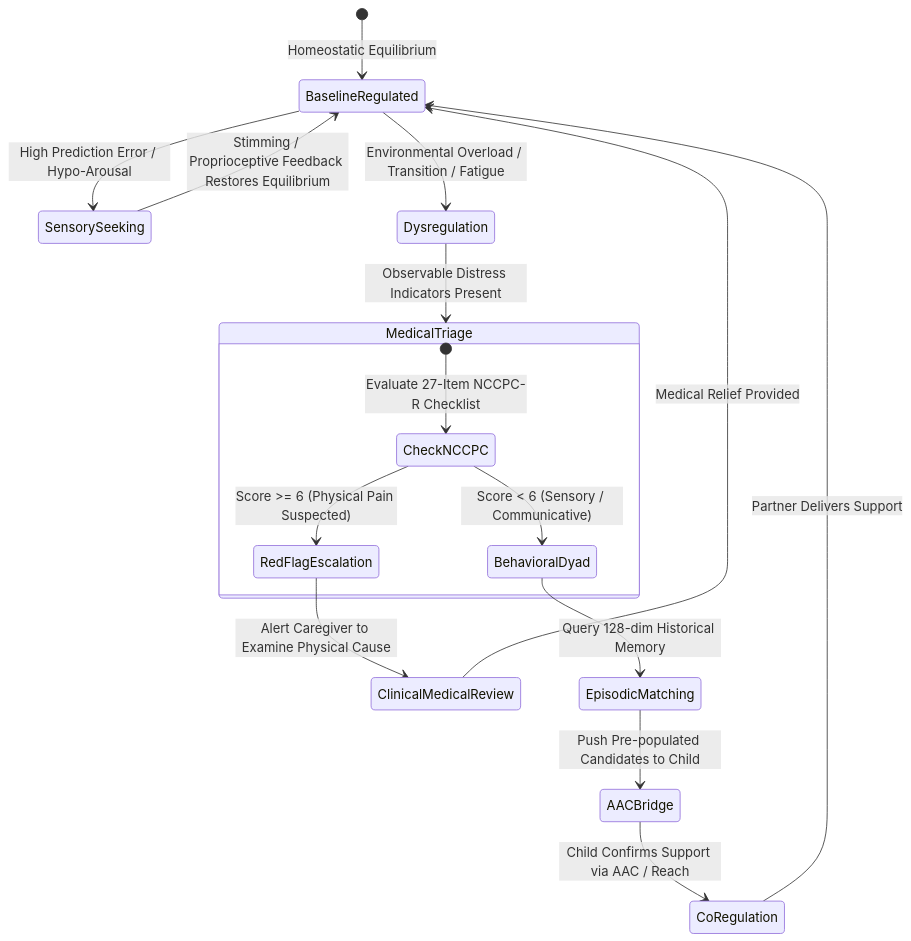
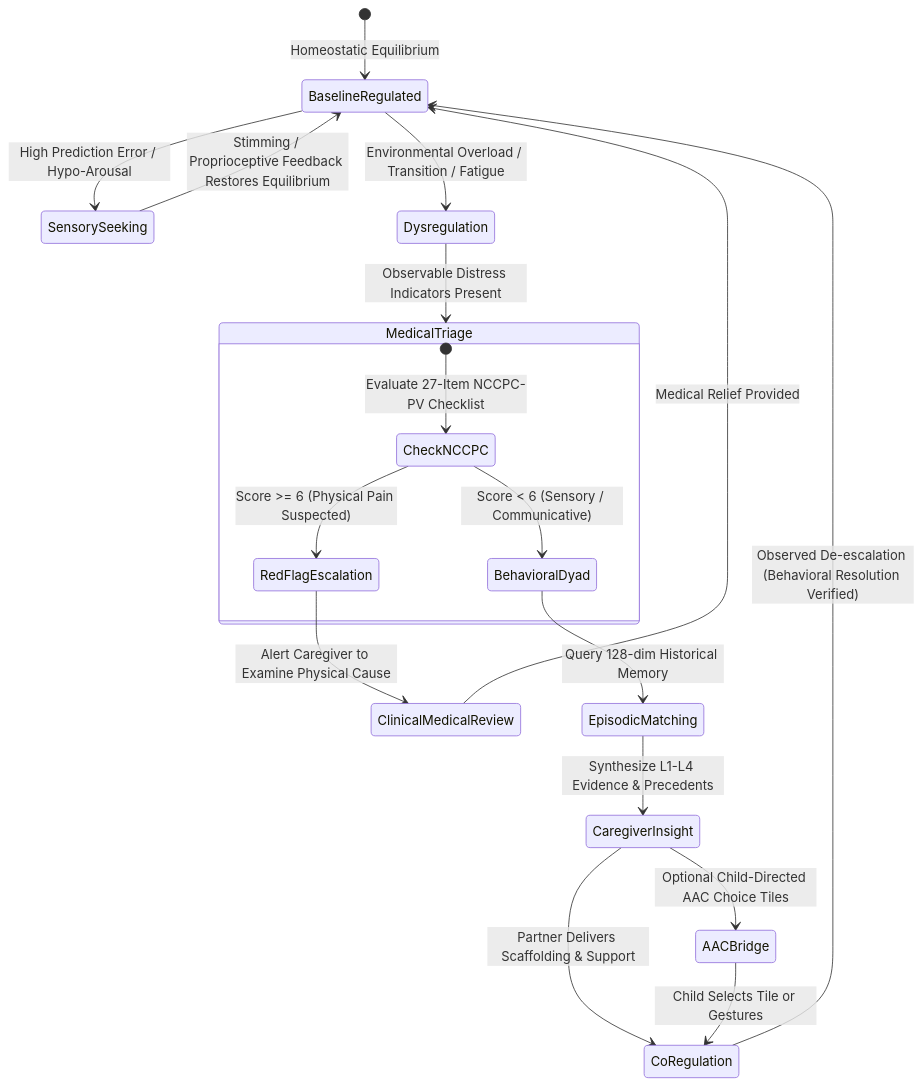
One commit to olostan/project_n changed the third of 4 diagrams in docs/WHITE_PAPER.md. Above: the diagram before and after it, drawn with Mermaid. The commit also changed other lines of this file and 10 other files, not shown here.

First line of the commit message:
Complete epistemic pivot to Behavioral Resolution criterion and resolve review findings

````diff
--- a/docs/WHITE_PAPER.md
+++ b/docs/WHITE_PAPER.md
@@ -150,24 +154,26 @@
 ```mermaid
 stateDiagram-v2
     [*] --> BaselineRegulated: Homeostatic Equilibrium
 
     BaselineRegulated --> SensorySeeking: High Prediction Error / Hypo-Arousal
     SensorySeeking --> BaselineRegulated: Stimming / Proprioceptive Feedback Restores Equilibrium
 
     BaselineRegulated --> Dysregulation: Environmental Overload / Transition / Fatigue
     Dysregulation --> MedicalTriage: Observable Distress Indicators Present
 
     state MedicalTriage {
-        [*] --> CheckNCCPC: Evaluate 27-Item NCCPC-R Checklist
+        [*] --> CheckNCCPC: Evaluate 27-Item NCCPC-PV Checklist
         CheckNCCPC --> RedFlagEscalation: Score >= 6 (Physical Pain Suspected)
         CheckNCCPC --> BehavioralDyad: Score < 6 (Sensory / Communicative)
     }
 
     RedFlagEscalation --> ClinicalMedicalReview: Alert Caregiver to Examine Physical Cause
     ClinicalMedicalReview --> BaselineRegulated: Medical Relief Provided
 
     BehavioralDyad --> EpisodicMatching: Query 128-dim Historical Memory
-    EpisodicMatching --> AACBridge: Push Pre-populated Candidates to Child
-    AACBridge --> CoRegulation: Child Confirms Support via AAC / Reach
-    CoRegulation --> BaselineRegulated: Partner Delivers Support
+    EpisodicMatching --> CaregiverInsight: Synthesize L1-L4 Evidence & Precedents
+    CaregiverInsight --> CoRegulation: Partner Delivers Scaffolding & Support
+    CaregiverInsight --> AACBridge: Optional Child-Directed AAC Choice Tiles
+    AACBridge --> CoRegulation: Child Selects Tile or Gestures
+    CoRegulation --> BaselineRegulated: Observed De-escalation (Behavioral Resolution Verified)
 ```
````
